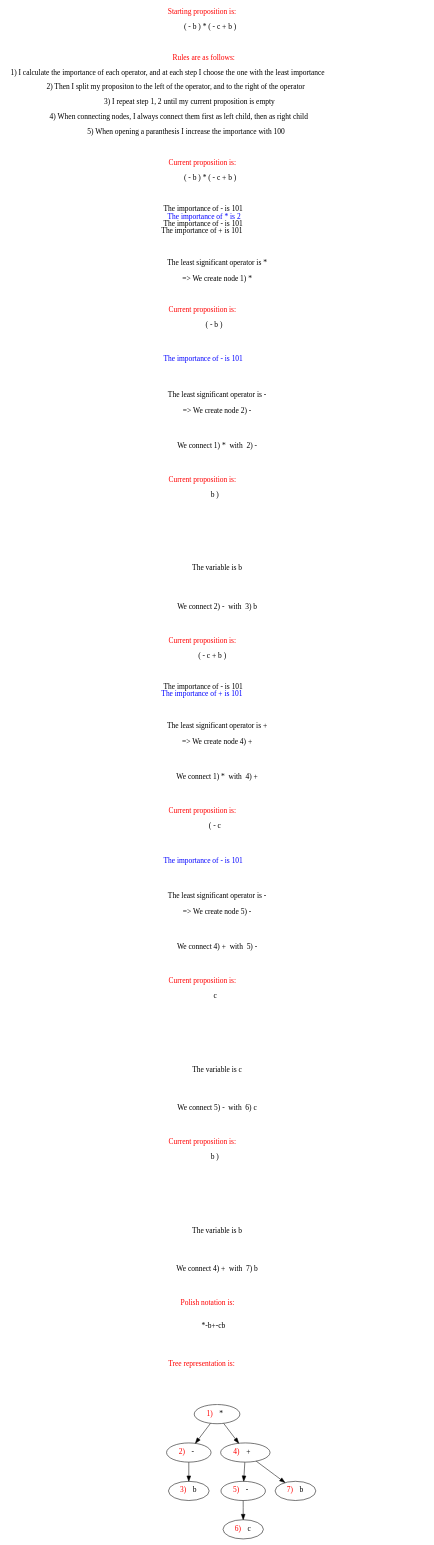
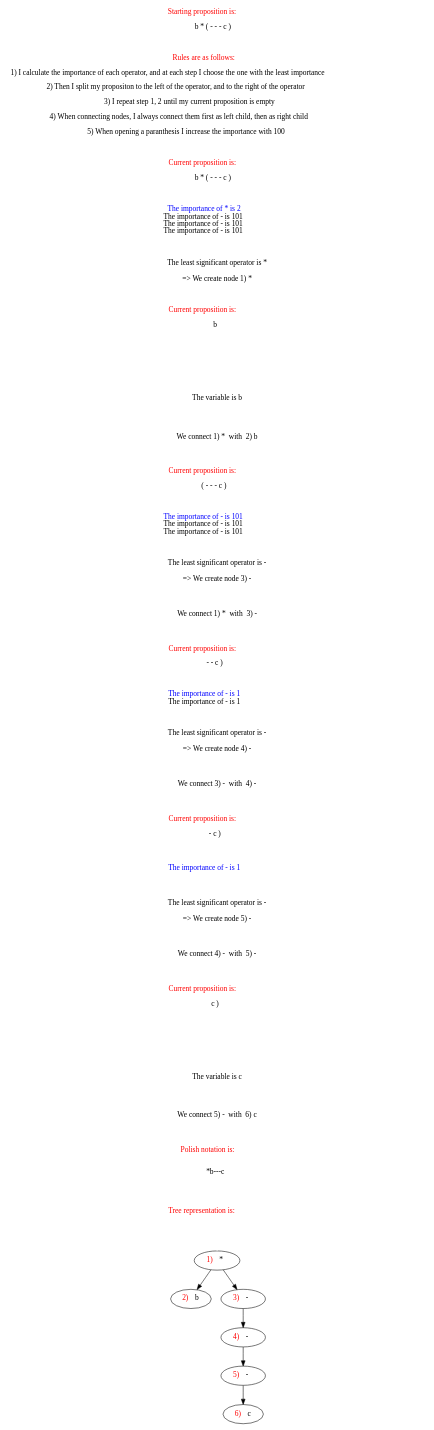
Before and after one commit to Lucky13forever/Polish-Notation: the diagram in doctest-owutput/polish-notation.gv, drawn with Graphviz. The commit also changed 2 other files, not shown here.

```diff
--- a/doctest-owutput/polish-notation.gv
+++ b/doctest-owutput/polish-notation.gv
@@ -1,86 +1,76 @@
 // Polish Notation
 digraph {
-	text_3 [label=<<FONT COLOR="RED" SIZE="100"> Current proposition is: </FONT>  <BR/> <BR/> ( - b ) * ( - c + b )> shape=plaintext]
-	text_4 [label=<<FONT COLOR="BLACK"> The importance of - is 101 </FONT> <BR/><FONT COLOR="BLUE"> The importance of * is 2 </FONT> <BR/><FONT COLOR="BLACK"> The importance of - is 101 </FONT> <BR/><FONT COLOR="BLACK"> The importance of + is 101 </FONT> <BR/>> shape=plaintext]
+	text_3 [label=<<FONT COLOR="RED" SIZE="100"> Current proposition is: </FONT>  <BR/> <BR/> b * ( - - - c )> shape=plaintext]
+	text_4 [label=<<FONT COLOR="BLUE"> The importance of * is 2 </FONT> <BR/><FONT COLOR="BLACK"> The importance of - is 101 </FONT> <BR/><FONT COLOR="BLACK"> The importance of - is 101 </FONT> <BR/><FONT COLOR="BLACK"> The importance of - is 101 </FONT> <BR/>> shape=plaintext]
 	1 [label=< <FONT COLOR="RED"> 1) </FONT> *  >]
 	text_5 [label="The least significant operator is * 
  
  => We create node 1) *" shape=plaintext]
-	text_6 [label=<<FONT COLOR="RED" SIZE="100"> Current proposition is: </FONT>  <BR/> <BR/> ( - b )> shape=plaintext]
-	text_7 [label=<<FONT COLOR="BLUE"> The importance of - is 101 </FONT> <BR/>> shape=plaintext]
-	2 [label=< <FONT COLOR="RED"> 2) </FONT> -  >]
-	text_8 [label="The least significant operator is - 
+	text_6 [label=<<FONT COLOR="RED" SIZE="100"> Current proposition is: </FONT>  <BR/> <BR/> b> shape=plaintext]
+	text_7 [label=<> shape=plaintext]
+	text_8 [label="The variable is b" shape=plaintext]
+	text_9 [label="We connect 1) *  with  2) b" shape=plaintext]
+	2 [label=< <FONT COLOR="RED"> 2) </FONT> b>]
+	text_10 [label=<<FONT COLOR="RED" SIZE="100"> Current proposition is: </FONT>  <BR/> <BR/> ( - - - c )> shape=plaintext]
+	text_11 [label=<<FONT COLOR="BLUE"> The importance of - is 101 </FONT> <BR/><FONT COLOR="BLACK"> The importance of - is 101 </FONT> <BR/><FONT COLOR="BLACK"> The importance of - is 101 </FONT> <BR/>> shape=plaintext]
+	3 [label=< <FONT COLOR="RED"> 3) </FONT> -  >]
+	text_12 [label="The least significant operator is - 
  
- => We create node 2) -" shape=plaintext]
-	text_9 [label="We connect 1) *  with  2) -" shape=plaintext]
-	text_10 [label=<<FONT COLOR="RED" SIZE="100"> Current proposition is: </FONT>  <BR/> <BR/> b )> shape=plaintext]
-	text_11 [label=<> shape=plaintext]
-	text_12 [label="The variable is b" shape=plaintext]
-	text_13 [label="We connect 2) -  with  3) b" shape=plaintext]
-	3 [label=< <FONT COLOR="RED"> 3) </FONT> b>]
-	text_14 [label=<<FONT COLOR="RED" SIZE="100"> Current proposition is: </FONT>  <BR/> <BR/> ( - c + b )> shape=plaintext]
-	text_15 [label=<<FONT COLOR="BLACK"> The importance of - is 101 </FONT> <BR/><FONT COLOR="BLUE"> The importance of + is 101 </FONT> <BR/>> shape=plaintext]
-	4 [label=< <FONT COLOR="RED"> 4) </FONT> +  >]
-	text_16 [label="The least significant operator is + 
+ => We create node 3) -" shape=plaintext]
+	text_13 [label="We connect 1) *  with  3) -" shape=plaintext]
+	text_14 [label=<<FONT COLOR="RED" SIZE="100"> Current proposition is: </FONT>  <BR/> <BR/> - - c )> shape=plaintext]
+	text_15 [label=<<FONT COLOR="BLUE"> The importance of - is 1 </FONT> <BR/><FONT COLOR="BLACK"> The importance of - is 1 </FONT> <BR/>> shape=plaintext]
+	4 [label=< <FONT COLOR="RED"> 4) </FONT> -  >]
+	text_16 [label="The least significant operator is - 
  
- => We create node 4) +" shape=plaintext]
-	text_17 [label="We connect 1) *  with  4) +" shape=plaintext]
-	text_18 [label=<<FONT COLOR="RED" SIZE="100"> Current proposition is: </FONT>  <BR/> <BR/> ( - c> shape=plaintext]
-	text_19 [label=<<FONT COLOR="BLUE"> The importance of - is 101 </FONT> <BR/>> shape=plaintext]
+ => We create node 4) -" shape=plaintext]
+	text_17 [label="We connect 3) -  with  4) -" shape=plaintext]
+	text_18 [label=<<FONT COLOR="RED" SIZE="100"> Current proposition is: </FONT>  <BR/> <BR/> - c )> shape=plaintext]
+	text_19 [label=<<FONT COLOR="BLUE"> The importance of - is 1 </FONT> <BR/>> shape=plaintext]
 	5 [label=< <FONT COLOR="RED"> 5) </FONT> -  >]
 	text_20 [label="The least significant operator is - 
  
  => We create node 5) -" shape=plaintext]
-	text_21 [label="We connect 4) +  with  5) -" shape=plaintext]
-	text_22 [label=<<FONT COLOR="RED" SIZE="100"> Current proposition is: </FONT>  <BR/> <BR/> c> shape=plaintext]
+	text_21 [label="We connect 4) -  with  5) -" shape=plaintext]
+	text_22 [label=<<FONT COLOR="RED" SIZE="100"> Current proposition is: </FONT>  <BR/> <BR/> c )> shape=plaintext]
 	text_23 [label=<> shape=plaintext]
 	text_24 [label="The variable is c" shape=plaintext]
 	text_25 [label="We connect 5) -  with  6) c" shape=plaintext]
 	6 [label=< <FONT COLOR="RED"> 6) </FONT> c>]
-	text_26 [label=<<FONT COLOR="RED" SIZE="100"> Current proposition is: </FONT>  <BR/> <BR/> b )> shape=plaintext]
-	text_27 [label=<> shape=plaintext]
-	text_28 [label="The variable is b" shape=plaintext]
-	text_29 [label="We connect 4) +  with  7) b" shape=plaintext]
-	7 [label=< <FONT COLOR="RED"> 7) </FONT> b>]
 	1 -> 2
-	1 -> 4
-	2 -> 3
+	1 -> 3
+	3 -> 4
 	4 -> 5
-	4 -> 7
 	5 -> 6
-	text_1 [label=<<FONT COLOR="RED" SIZE="100"> Starting proposition is: </FONT>  <BR/> <BR/> ( - b ) * ( - c + b )> shape=plaintext]
+	text_1 [label=<<FONT COLOR="RED" SIZE="100"> Starting proposition is: </FONT>  <BR/> <BR/> b * ( - - - c )> shape=plaintext]
 	text_2 [label=<<FONT COLOR="RED" SIZE="100"> Rules are as follows: </FONT>  <BR/> <BR/> 1) I calculate the importance of each operator, and at each step I choose the one with the least importance  <BR/> <BR/> 2) Then I split my propositon to the left of the operator, and to the right of the operator  <BR/> <BR/> 3) I repeat step 1, 2 until my current proposition is empty <BR/> <BR/> 4) When connecting nodes, I always connect them first as left child, then as right child <BR/> <BR/> 5) When opening a paranthesis I increase the importance with 100 > shape=plaintext]
-	text_30 [label=<<FONT COLOR="RED" SIZE="100"> Polish notation is: <BR/> <BR/> <BR/> </FONT> *-b+-cb <BR/> > shape=plaintext]
-	text_31 [label=<<FONT COLOR="RED" SIZE="100"> Tree representation is: </FONT>  <BR/> <BR/> > shape=plaintext]
+	text_26 [label=<<FONT COLOR="RED" SIZE="100"> Polish notation is: <BR/> <BR/> <BR/> </FONT> *b---c <BR/> > shape=plaintext]
+	text_27 [label=<<FONT COLOR="RED" SIZE="100"> Tree representation is: </FONT>  <BR/> <BR/> > shape=plaintext]
 	text_1 -> text_2 [label="" color=white]
 	text_2 -> text_3 [label="" color=white]
 	text_3 -> text_4 [label="" color=white]
 	text_4 -> text_5 [label="" color=white]
 	text_5 -> text_6 [label="" color=white]
 	text_6 -> text_7 [label="" color=white]
 	text_7 -> text_8 [label="" color=white]
 	text_8 -> text_9 [label="" color=white]
 	text_9 -> text_10 [label="" color=white]
 	text_10 -> text_11 [label="" color=white]
 	text_11 -> text_12 [label="" color=white]
 	text_12 -> text_13 [label="" color=white]
 	text_13 -> text_14 [label="" color=white]
 	text_14 -> text_15 [label="" color=white]
 	text_15 -> text_16 [label="" color=white]
 	text_16 -> text_17 [label="" color=white]
 	text_17 -> text_18 [label="" color=white]
 	text_18 -> text_19 [label="" color=white]
 	text_19 -> text_20 [label="" color=white]
 	text_20 -> text_21 [label="" color=white]
 	text_21 -> text_22 [label="" color=white]
 	text_22 -> text_23 [label="" color=white]
 	text_23 -> text_24 [label="" color=white]
 	text_24 -> text_25 [label="" color=white]
 	text_25 -> text_26 [label="" color=white]
 	text_26 -> text_27 [label="" color=white]
-	text_27 -> text_28 [label="" color=white]
-	text_28 -> text_29 [label="" color=white]
-	text_29 -> text_30 [label="" color=white]
-	text_30 -> text_31 [label="" color=white]
-	text_31 -> 1 [label="" color=white]
+	text_27 -> 1 [label="" color=white]
 }
```
